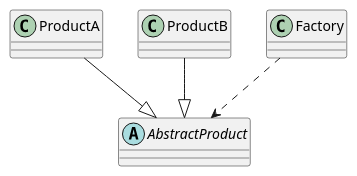
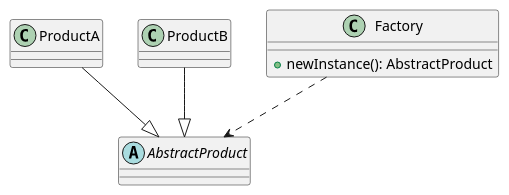
Before and after one commit to zyr3536/java-learn: the diagram in design-pattern/src/main/java/org/marco/designpattern/gof/creational/factory/simplefactory/simpleFactory.puml, drawn with PlantUML. The commit also changed 8 other files, not shown here.

```diff
--- a/design-pattern/src/main/java/org/marco/designpattern/gof/creational/factory/simplefactory/simpleFactory.puml
+++ b/design-pattern/src/main/java/org/marco/designpattern/gof/creational/factory/simplefactory/simpleFactory.puml
@@ -1,13 +1,15 @@
 @startuml
 
 abstract class AbstractProduct
 class ProductA
 class ProductB
-class Factory
+class Factory {
+    + newInstance(): AbstractProduct
+}
 
 ProductA --|> AbstractProduct
 ProductB --|> AbstractProduct
 
 Factory ..> AbstractProduct
 
 @enduml
```
